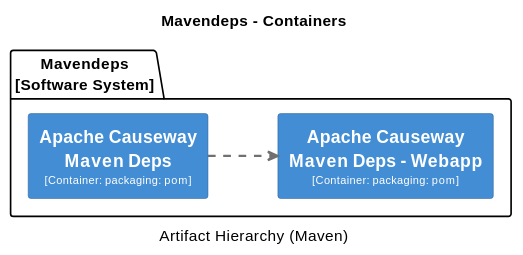
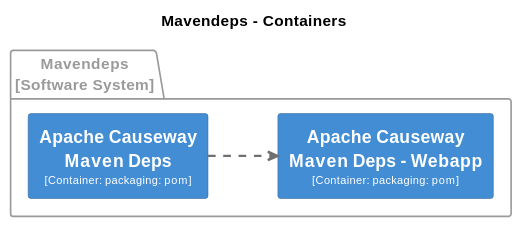
The second of 31 diagrams in core/adoc/modules/_overview/pages/about.adoc (apache/causeway), drawn with PlantUML before and after one commit. The commit also changed other lines of this file and 7 other files, not shown here.

```diff
--- a/core/adoc/modules/_overview/pages/about.adoc
+++ b/core/adoc/modules/_overview/pages/about.adoc
@@ -52,32 +60,40 @@
 [plantuml,Mavendeps,svg]
 ----
-@startuml(id=Mavendeps)
+@startuml
+set separator none
 title Mavendeps - Containers
-caption Artifact Hierarchy (Maven)
+
+left to right direction
 
 skinparam {
   shadowing false
   arrowFontSize 10
   defaultTextAlignment center
   wrapWidth 200
   maxMessageSize 100
 }
+
 hide stereotype
-left to right direction
-skinparam rectangle<<2>> {
+
+skinparam rectangle<<Mavendeps.ApacheCausewayMavenDeps>> {
   BackgroundColor #438dd5
   FontColor #fffffe
   BorderColor #2e6295
 }
-skinparam rectangle<<3>> {
+skinparam rectangle<<Mavendeps.ApacheCausewayMavenDepsWebapp>> {
   BackgroundColor #438dd5
   FontColor #fffffe
   BorderColor #2e6295
 }
-package "Mavendeps\n[Software System]" {
-  rectangle "==Apache Causeway Maven Deps\n<size:10>[Container: packaging: pom]</size>" <<2>> as 2
-  rectangle "==Apache Causeway Maven Deps - Webapp\n<size:10>[Container: packaging: pom]</size>" <<3>> as 3
+
+package "Mavendeps\n[Software System]" <<Mavendeps>> {
+  skinparam PackageBorderColor<<Mavendeps>> #9a9a9a
+  skinparam PackageFontColor<<Mavendeps>> #9a9a9a
+
+  rectangle "==Apache Causeway Maven Deps\n<size:10>[Container: packaging: pom]</size>" <<Mavendeps.ApacheCausewayMavenDeps>> as Mavendeps.ApacheCausewayMavenDeps
+  rectangle "==Apache Causeway Maven Deps - Webapp\n<size:10>[Container: packaging: pom]</size>" <<Mavendeps.ApacheCausewayMavenDepsWebapp>> as Mavendeps.ApacheCausewayMavenDepsWebapp
 }
-2 .[#707070,thickness=2].> 3 : ""
+
+Mavendeps.ApacheCausewayMavenDeps .[#707070,thickness=2].> Mavendeps.ApacheCausewayMavenDepsWebapp : "<color:#707070>"
 @enduml
 ----
```
